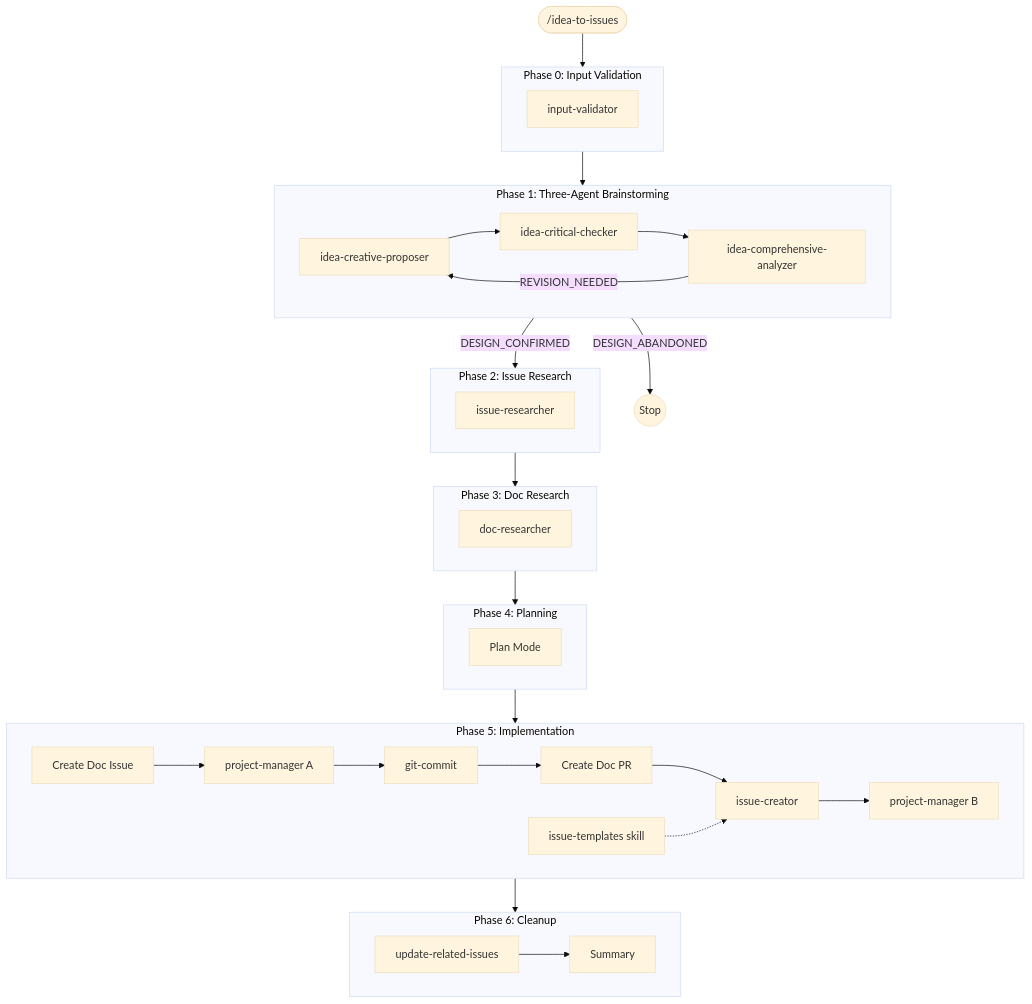
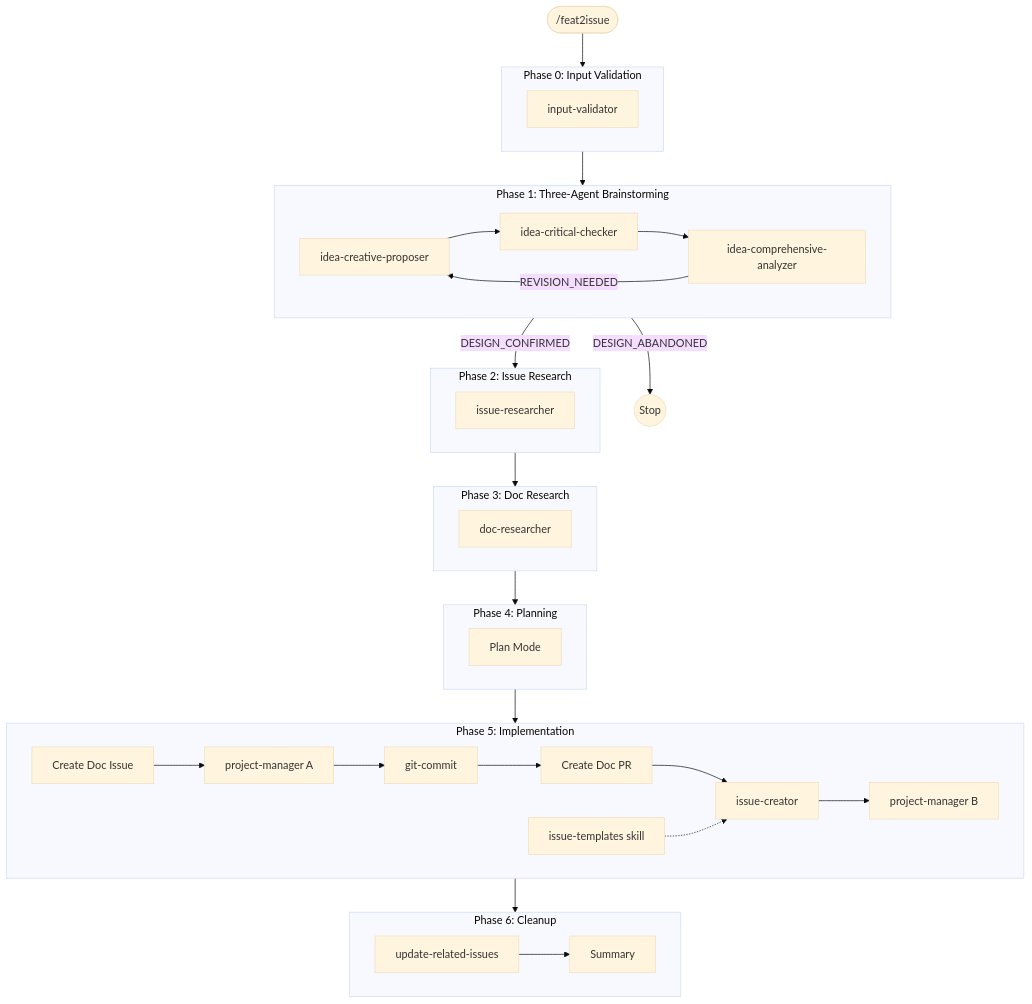
One commit to Entropy-xcy/agentize changed the second of 2 diagrams in claude/README.md. Above: the diagram before and after it, drawn with Mermaid (base theme). The commit also changed other lines of this file and 24 other files, not shown here.

````diff
--- a/claude/README.md
+++ b/claude/README.md
@@ -137,59 +137,59 @@
 ```mermaid
 flowchart TB
-    Start([/idea-to-issues]) --> P0
+    Start([/feat2issue]) --> P0
 
     subgraph P0[Phase 0: Input Validation]
         IV2[input-validator]
     end
 
     subgraph P1[Phase 1: Three-Agent Brainstorming]
         CP[idea-creative-proposer]
         CC[idea-critical-checker]
         CA[idea-comprehensive-analyzer]
         CP --> CC
         CC --> CA
         CA -->|REVISION_NEEDED| CP
     end
 
     subgraph P2[Phase 2: Issue Research]
         IR[issue-researcher]
     end
 
     subgraph P3[Phase 3: Doc Research]
         DR[doc-researcher]
     end
 
     subgraph P4[Phase 4: Planning]
         PM2[Plan Mode]
     end
 
     subgraph P5[Phase 5: Implementation]
         DI[Create Doc Issue]
         PJM2A[project-manager A]
         GC2[git-commit]
         DPR[Create Doc PR]
         IC[issue-creator]
         IT[issue-templates skill]
         PJM2B[project-manager B]
         DI --> PJM2A
         PJM2A --> GC2
         GC2 --> DPR
         DPR --> IC
         IT -.-> IC
         IC --> PJM2B
     end
 
     subgraph P6[Phase 6: Cleanup]
         URI2[update-related-issues]
         SUM2[Summary]
         URI2 --> SUM2
     end
 
     P0 --> P1
     P1 -->|DESIGN_CONFIRMED| P2
     P1 -->|DESIGN_ABANDONED| Stop((Stop))
     P2 --> P3
     P3 --> P4
     P4 --> P5
     P5 --> P6
 ```
````
